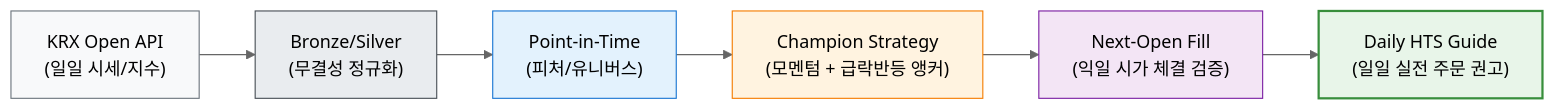
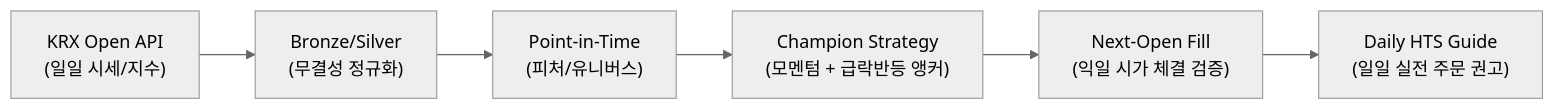
Before and after one commit to KTHYEONG/mt-etf-king-2026: the first of 3 diagrams in README.md, drawn with Mermaid (neutral theme). The commit also changed other lines of this file and 4 other files, not shown here.

First line of the commit message:
docs: 다이어그램 내 시인성 저해 인라인 스타일 제거

````diff
--- a/README.md
+++ b/README.md
@@ -19,15 +19,8 @@
 ```mermaid
 flowchart LR
     A["KRX Open API\n(일일 시세/지수)"] --> B["Bronze/Silver\n(무결성 정규화)"]
     B --> C["Point-in-Time\n(피처/유니버스)"]
     C --> D["Champion Strategy\n(모멘텀 + 급락반등 앵커)"]
     D --> E["Next-Open Fill\n(익일 시가 체결 검증)"]
     E --> F["Daily HTS Guide\n(일일 실전 주문 권고)"]
-
-    style A fill:#f8f9fa,stroke:#6c757d,stroke-width:1px
-    style B fill:#e9ecef,stroke:#495057,stroke-width:1px
-    style C fill:#e3f2fd,stroke:#1976d2,stroke-width:1px
-    style D fill:#fff3e0,stroke:#f57c00,stroke-width:1px
-    style E fill:#f3e5f5,stroke:#7b1fa2,stroke-width:1px
-    style F fill:#e8f5e9,stroke:#388e3c,stroke-width:2px
 ```
````
